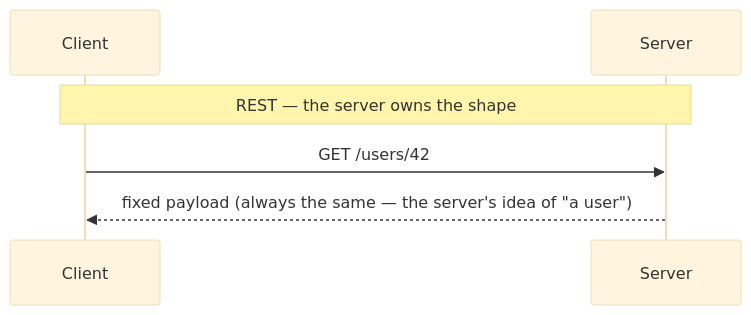
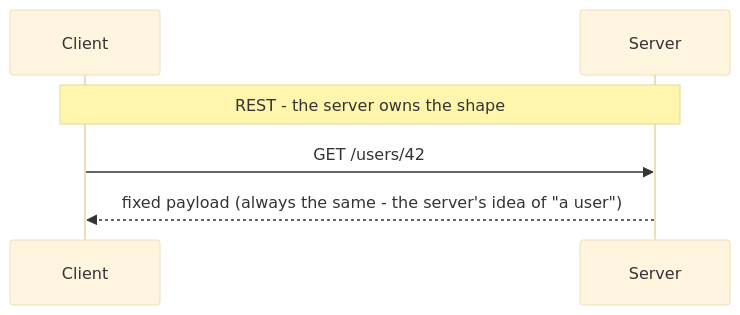
Before and after one commit to Topurrra/themissingmanual: the first of 2 diagrams in guides/apis/graphql-explained/01-the-problem-rest-leaves.md, drawn with Mermaid (base theme). The commit also changed other lines of this file and 1009 other files, not shown here.

````diff
--- a/guides/apis/graphql-explained/01-the-problem-rest-leaves.md
+++ b/guides/apis/graphql-explained/01-the-problem-rest-leaves.md
@@ -24,8 +24,8 @@
 ```mermaid
 sequenceDiagram
   participant Client
   participant Server
-  Note over Client,Server: REST — the server owns the shape
+  Note over Client,Server: REST - the server owns the shape
   Client->>Server: GET /users/42
-  Server-->>Client: fixed payload (always the same — the server's idea of "a user")
+  Server-->>Client: fixed payload (always the same - the server's idea of "a user")
 ```
````
